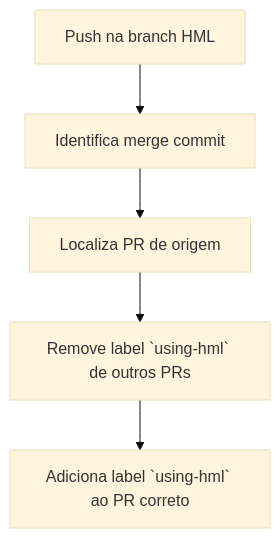
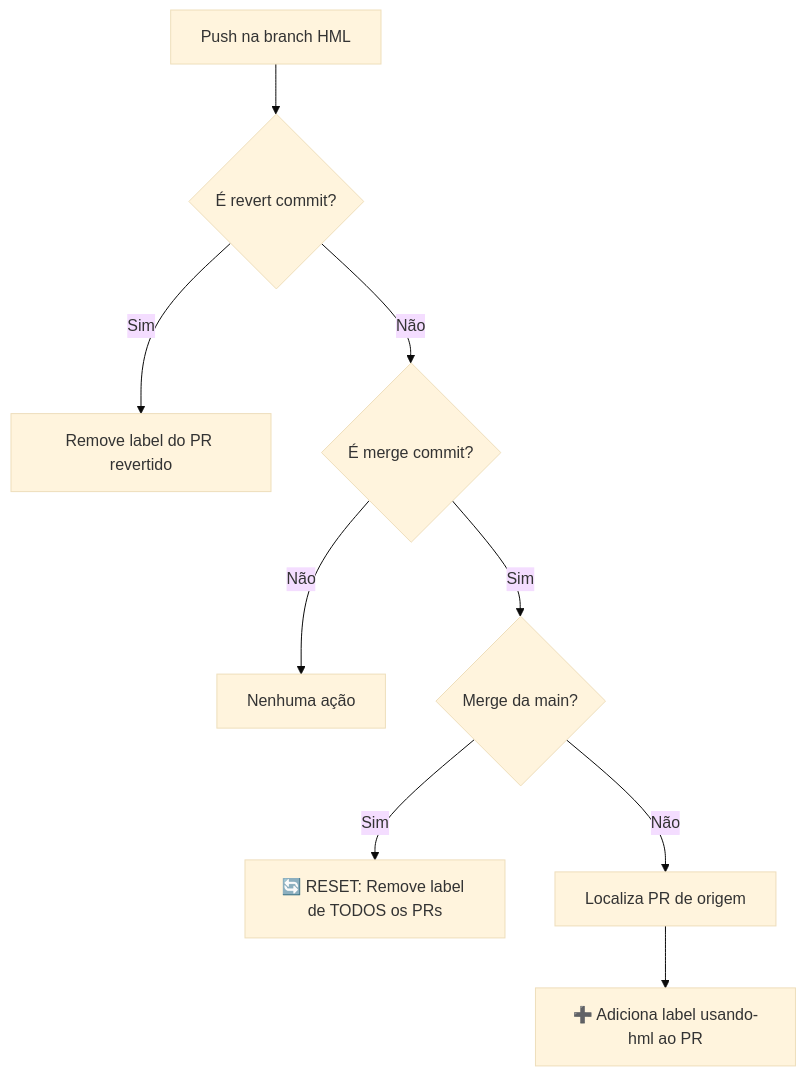
Before and after one commit to fernnandez-timeprimo/test-label-hml: the diagram in README.md, drawn with Mermaid (base theme). The commit also changed other lines of this file, not shown here.

````diff
--- a/README.md
+++ b/README.md
@@ -21,7 +22,11 @@
 ```mermaid
 flowchart TD
-    A[Push na branch HML] --> B[Identifica merge commit]
-    B --> C[Localiza PR de origem]
-    C --> D[Remove label `using-hml` de outros PRs]
-    D --> E[Adiciona label `using-hml` ao PR correto]
+    A[Push na branch HML] --> B{É revert commit?}
+    B -->|Sim| C[Remove label do PR revertido]
+    B -->|Não| D{É merge commit?}
+    D -->|Não| E[Nenhuma ação]
+    D -->|Sim| F{Merge da main?}
+    F -->|Sim| G[🔄 RESET: Remove label de TODOS os PRs]
+    F -->|Não| H[Localiza PR de origem]
+    H --> I[➕ Adiciona label usando-hml ao PR]
 ```
````
